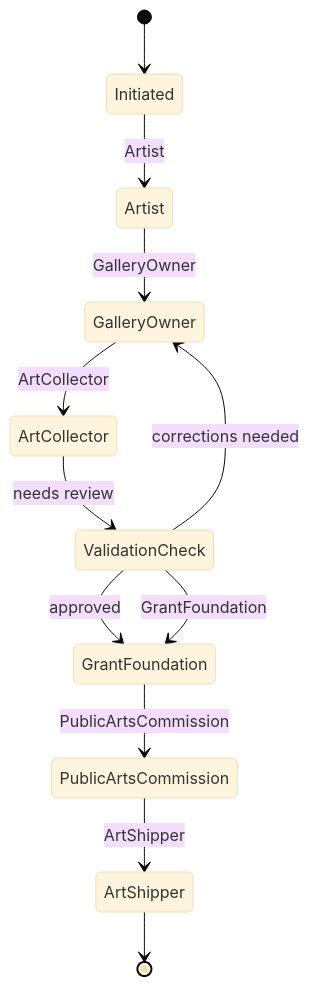
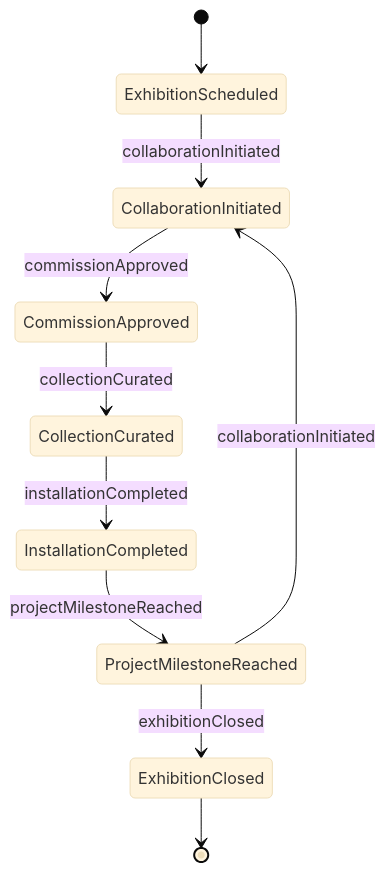
One commit to dot-org-ai/tasks.org.ai changed the second of 4 diagrams in GuidingDirectingAndMotivatingSubordinates/CoordinateArtisticOrEntertainmentActivities/CoordinateArtisticActivities.mdx. Above: the diagram before and after it, drawn with Mermaid (base theme). The commit also changed other lines of this file and 515 other files, not shown here.

````diff
--- a/GuidingDirectingAndMotivatingSubordinates/CoordinateArtisticOrEntertainmentActivities/CoordinateArtisticActivities.mdx
+++ b/GuidingDirectingAndMotivatingSubordinates/CoordinateArtisticOrEntertainmentActivities/CoordinateArtisticActivities.mdx
@@ -110,14 +101,12 @@
 ```mermaid
 stateDiagram-v2
-    [*] --> Initiated
-    Initiated --> Artist: Artist
-    Artist --> GalleryOwner: GalleryOwner
-    GalleryOwner --> ArtCollector: ArtCollector
-    ArtCollector --> ValidationCheck: needs review
-    ValidationCheck --> GalleryOwner: corrections needed
-    ValidationCheck --> GrantFoundation: approved
-    ValidationCheck --> GrantFoundation: GrantFoundation
-    GrantFoundation --> PublicArtsCommission: PublicArtsCommission
-    PublicArtsCommission --> ArtShipper: ArtShipper
-    ArtShipper --> [*]
+    [*] --> ExhibitionScheduled
+    ExhibitionScheduled --> CollaborationInitiated : collaborationInitiated
+    CollaborationInitiated --> CommissionApproved : commissionApproved
+    CommissionApproved --> CollectionCurated : collectionCurated
+    CollectionCurated --> InstallationCompleted : installationCompleted
+    InstallationCompleted --> ProjectMilestoneReached : projectMilestoneReached
+    ProjectMilestoneReached --> ExhibitionClosed : exhibitionClosed
+    ProjectMilestoneReached --> CollaborationInitiated : collaborationInitiated
+    ExhibitionClosed --> [*]
 ```
````
